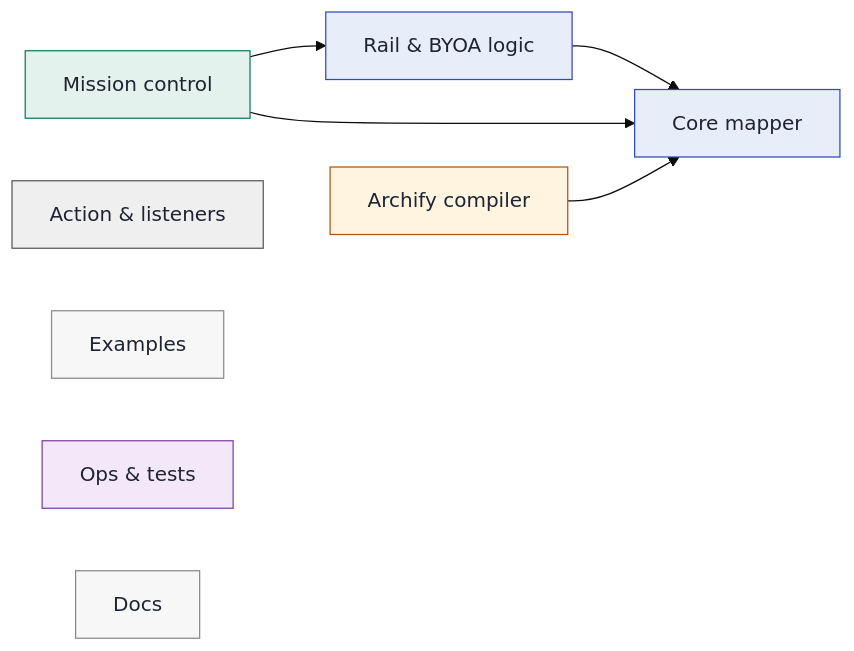
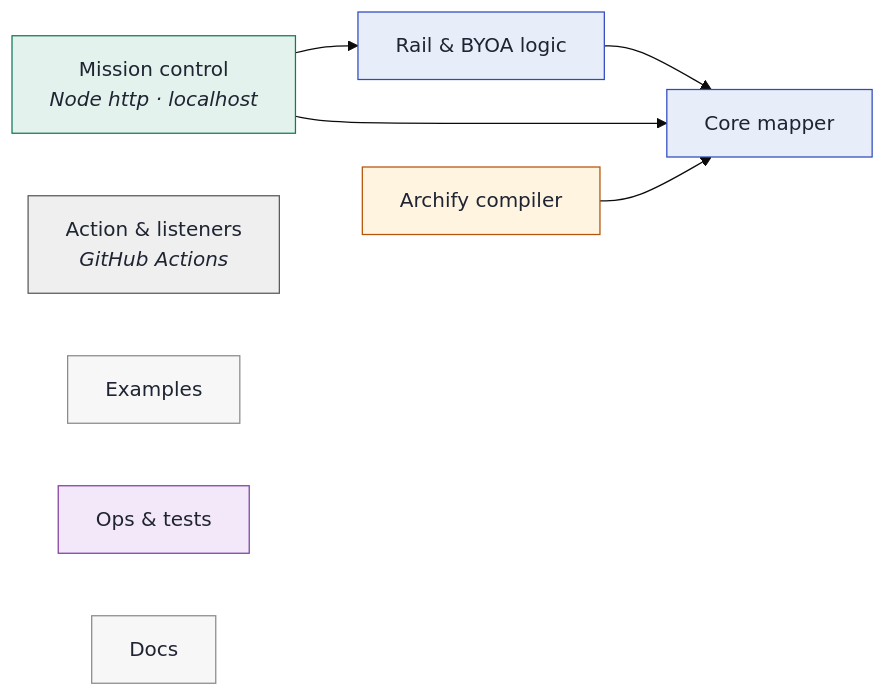
Before and after one commit to actions-marketplace-validations/tapaskar_archwhere: the diagram in ARCHITECTURE.md, drawn with Mermaid (base theme). The commit also changed other lines of this file and 7 other files, not shown here.

````diff
--- a/ARCHITECTURE.md
+++ b/ARCHITECTURE.md
@@ -5,30 +5,30 @@
 ```mermaid
 flowchart LR
   core["Core mapper"]
   rail["Rail & BYOA logic"]
-  mission["Mission control"]
+  mission["Mission control<br/><i>Node http · localhost</i>"]
   archify["Archify compiler"]
-  integrations["Action & listeners"]
+  integrations["Action & listeners<br/><i>GitHub Actions</i>"]
   examples["Examples"]
   ops["Ops & tests"]
   docs["Docs"]
   rail --> core
   mission --> core
   mission --> rail
   archify --> core
   classDef core fill:#E8EEF9,stroke:#2F4AC0,color:#1F2433
   classDef security fill:#FDE8E4,stroke:#C2410C,color:#1F2433
   classDef feature fill:#FFF4E0,stroke:#B45309,color:#1F2433
   classDef infra fill:#EFEFEF,stroke:#595959,color:#1F2433
   classDef product fill:#E3F2EC,stroke:#0F7A5C,color:#1F2433
   classDef ops fill:#F3E8F9,stroke:#7E3FA0,color:#1F2433
   classDef docs fill:#F7F7F7,stroke:#8A8A8A,color:#1F2433
   classDef other fill:#F2F2EF,stroke:#777,color:#1F2433
   classDef touched fill:#F7B32B,stroke:#1F2433,stroke-width:3px,color:#1F2433
   class core,rail core
   class mission product
   class archify feature
   class integrations infra
   class examples,docs docs
   class ops ops
 ```
````
